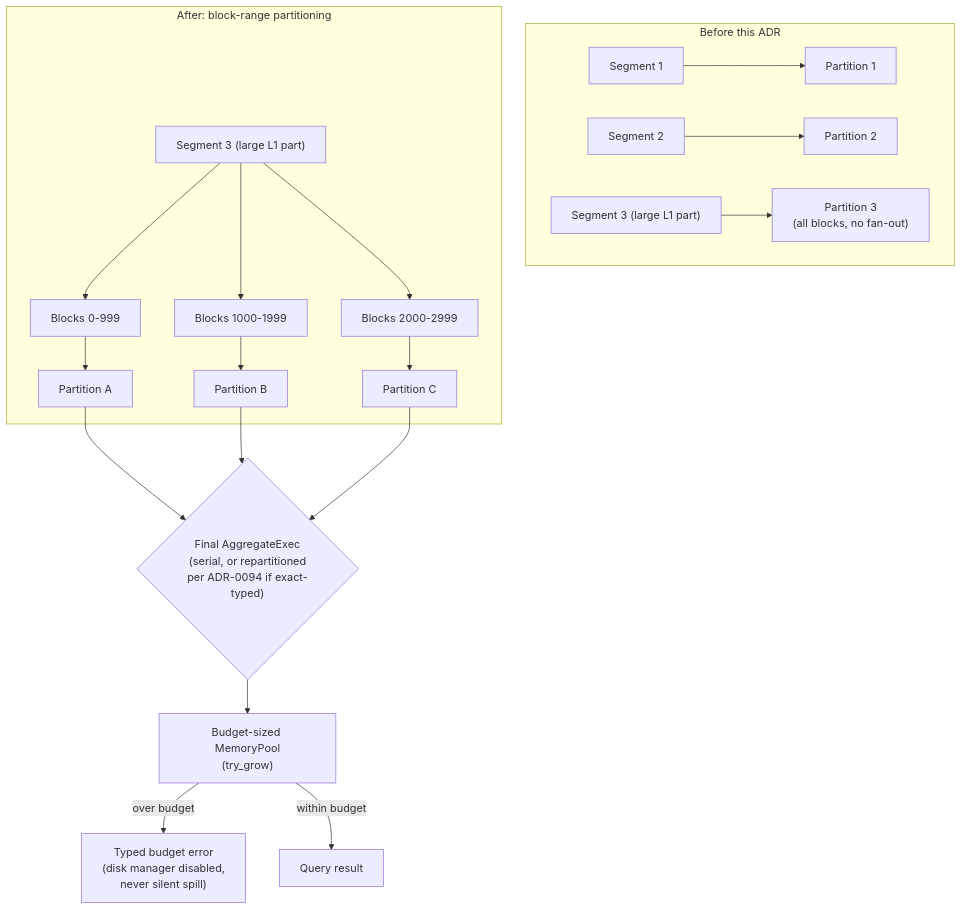
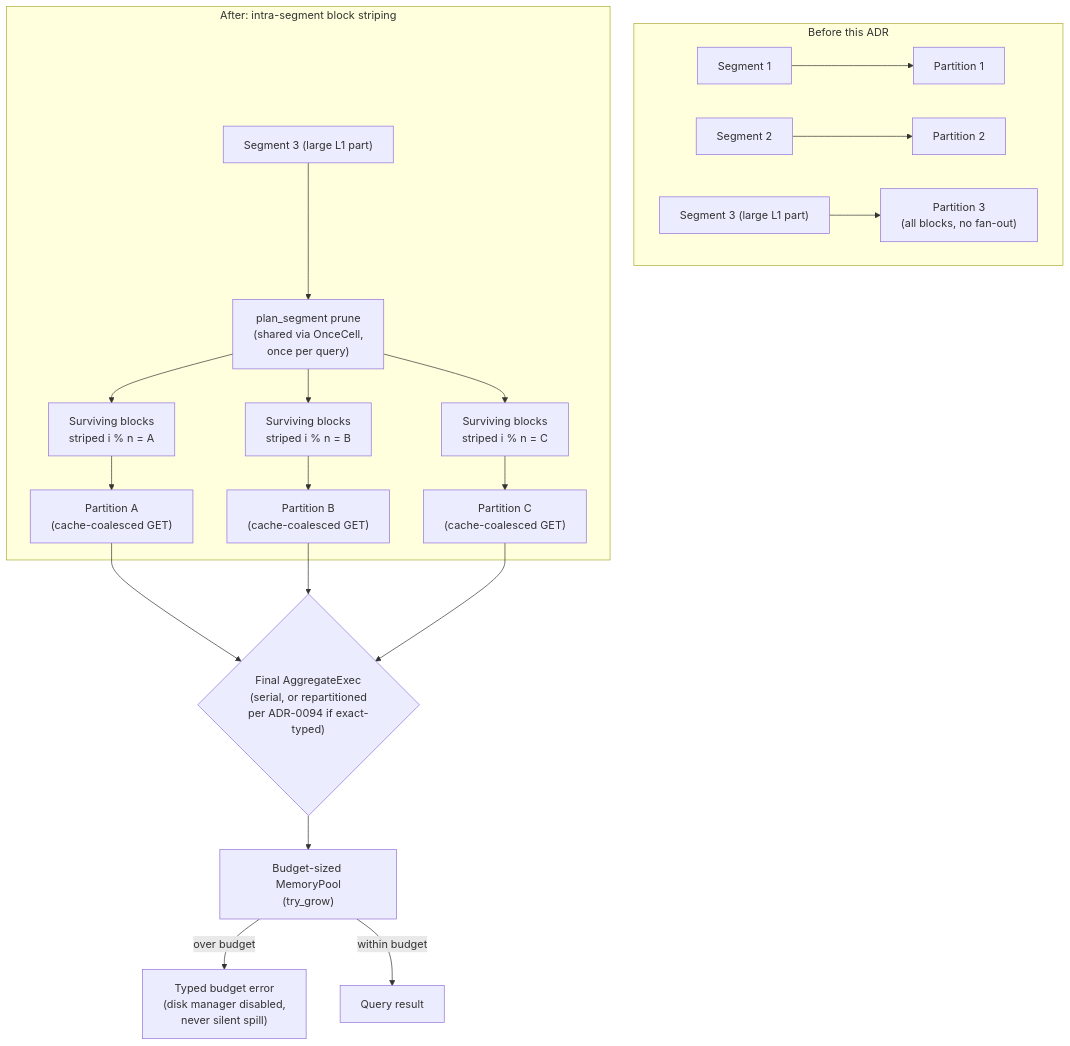
Before and after one commit to NOFireAI/ravel: the diagram in docs/adrs/0102-intra-segment-scan-partitioning-and-spill-policy.md, drawn with Mermaid. The commit also changed other lines of this file and 1 other file, not shown here.

````diff
--- a/docs/adrs/0102-intra-segment-scan-partitioning-and-spill-policy.md
+++ b/docs/adrs/0102-intra-segment-scan-partitioning-and-spill-policy.md
@@ -262,22 +279,24 @@
 ```mermaid
 flowchart TB
     subgraph Before["Before this ADR"]
         S1[Segment 1] --> P1[Partition 1]
         S2[Segment 2] --> P2[Partition 2]
         S3["Segment 3 (large L1 part)"] --> P3["Partition 3\n(all blocks, no fan-out)"]
     end
-    subgraph After["After: block-range partitioning"]
-        S3b["Segment 3 (large L1 part)"] --> B1[Blocks 0-999]
-        S3b --> B2[Blocks 1000-1999]
-        S3b --> B3[Blocks 2000-2999]
-        B1 --> Pa[Partition A]
-        B2 --> Pb[Partition B]
-        B3 --> Pc[Partition C]
+    subgraph After["After: intra-segment block striping"]
+        Plan["plan_segment prune\n(shared via OnceCell,\nonce per query)"]
+        S3b["Segment 3 (large L1 part)"] --> Plan
+        Plan --> B1["Surviving blocks\nstriped i % n = A"]
+        Plan --> B2["Surviving blocks\nstriped i % n = B"]
+        Plan --> B3["Surviving blocks\nstriped i % n = C"]
+        B1 --> Pa["Partition A\n(cache-coalesced GET)"]
+        B2 --> Pb["Partition B\n(cache-coalesced GET)"]
+        B3 --> Pc["Partition C\n(cache-coalesced GET)"]
     end
     Pa --> Agg{"Final AggregateExec\n(serial, or repartitioned\nper ADR-0094 if exact-typed)"}
     Pb --> Agg
     Pc --> Agg
     Agg --> Pool["Budget-sized MemoryPool\n(try_grow)"]
     Pool -->|"over budget"| Err["Typed budget error\n(disk manager disabled,\nnever silent spill)"]
     Pool -->|"within budget"| Result[Query result]
 ```
````
